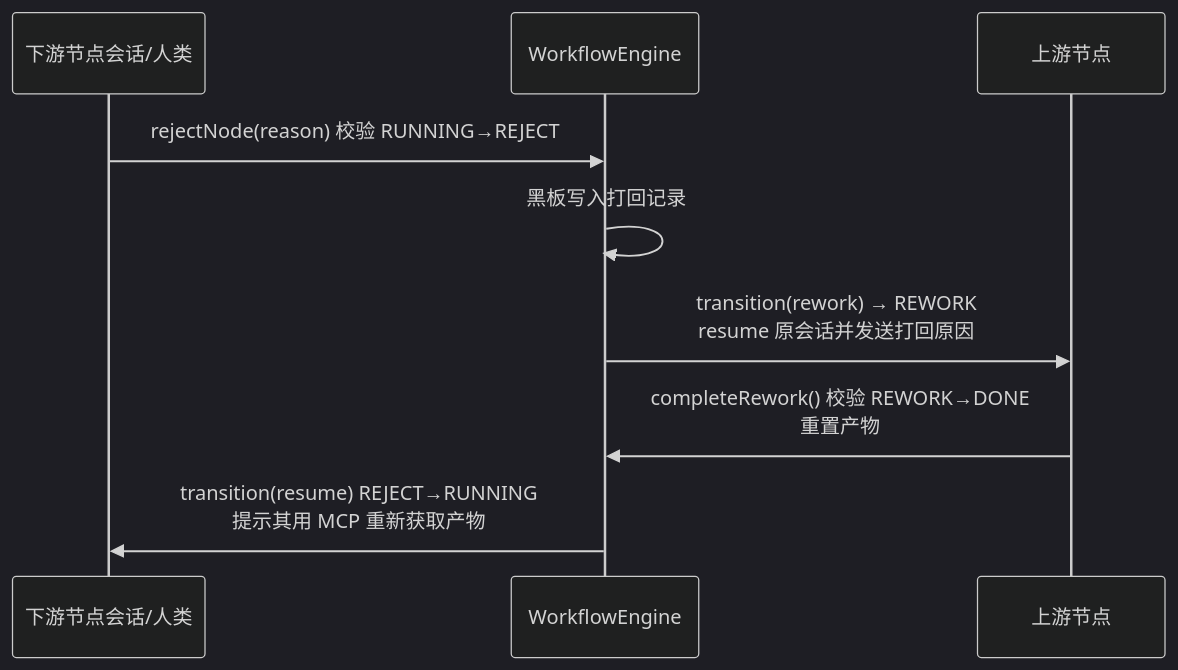
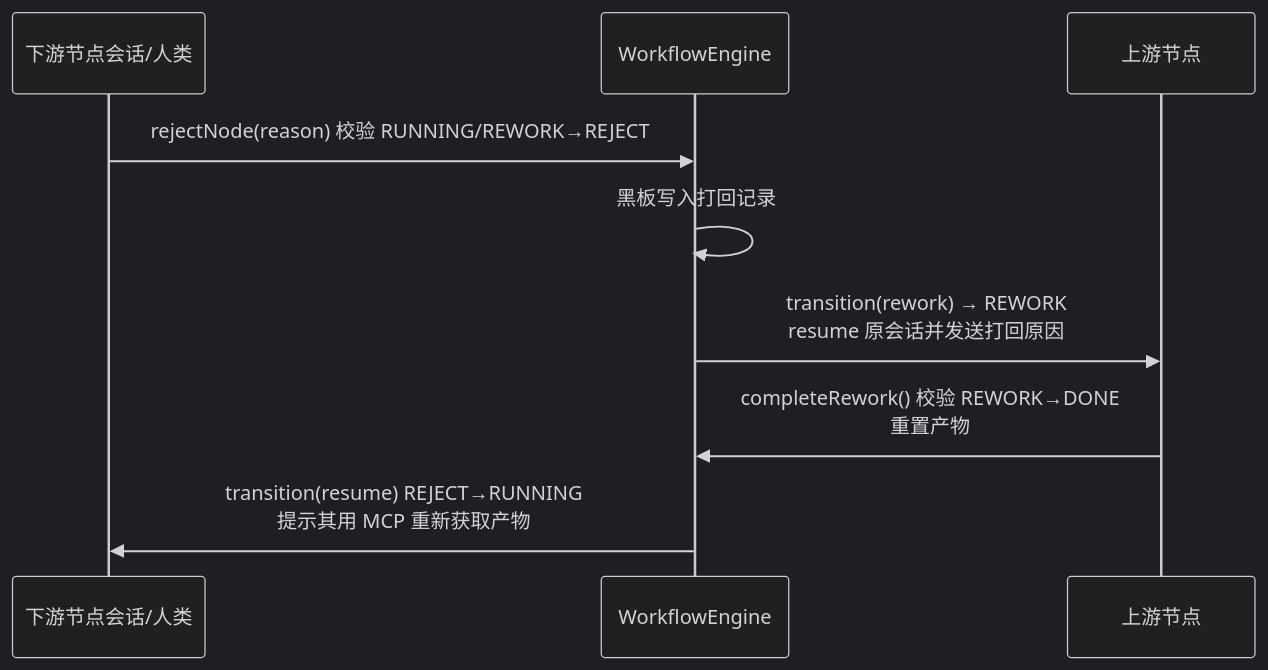
The fifth of 5 diagrams in docs/engineering/proposals/20260808-feat-agent-workflow.md (Deliay/z-agent-gear), drawn with Mermaid (dark theme) before and after one commit. The commit also changed other lines of this file and 1 other file, not shown here.

Commit message:
docs(acceptance): add round-5 fixes (collapsible markdown blackboard, REWORK reject) to report and proposal

````diff
--- a/docs/engineering/proposals/20260808-feat-agent-workflow.md
+++ b/docs/engineering/proposals/20260808-feat-agent-workflow.md
@@ -327,11 +327,11 @@
 ```mermaid
 sequenceDiagram
     participant D as 下游节点会话/人类
     participant E as WorkflowEngine
     participant U as 上游节点
-    D->>E: rejectNode(reason) 校验 RUNNING→REJECT
+    D->>E: rejectNode(reason) 校验 RUNNING/REWORK→REJECT
     E->>E: 黑板写入打回记录
     E->>U: transition(rework) → REWORK<br/>resume 原会话并发送打回原因
     U->>E: completeRework() 校验 REWORK→DONE<br/>重置产物
     E->>D: transition(resume) REJECT→RUNNING<br/>提示其用 MCP 重新获取产物
 ```
````
